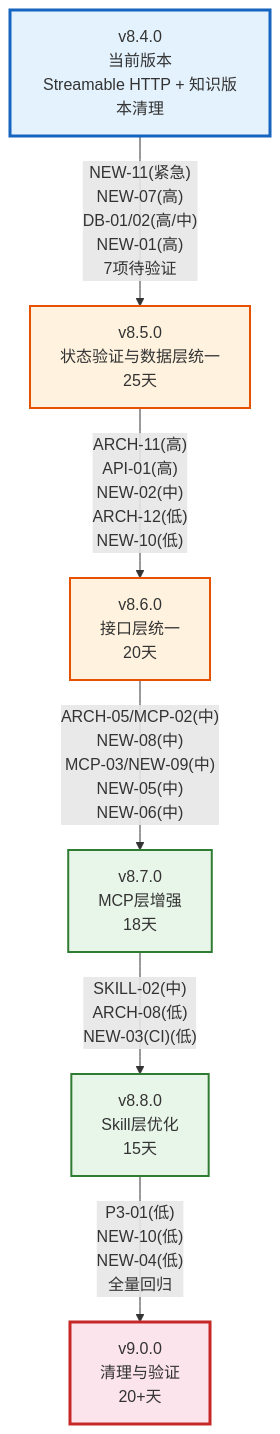
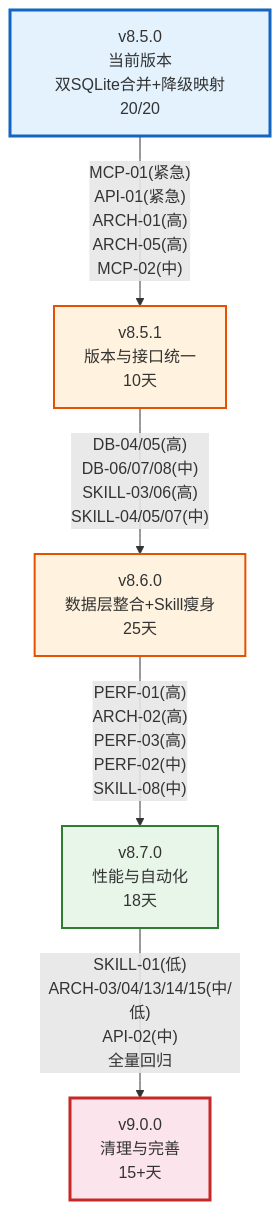
The second of 3 diagrams in docs/plan/v-l.md (xuanyuanchumo/xuansto), drawn with Mermaid before and after one commit. The commit also changed other lines of this file and 34 other files, not shown here.

````diff
--- a/docs/plan/v-l.md
+++ b/docs/plan/v-l.md
@@ -560,22 +381,19 @@
 ```mermaid
 flowchart TD
-    V840["v8.4.0<br/>当前版本<br/>Streamable HTTP + 知识版本清理"]
-    V850["v8.5.0<br/>状态验证与数据层统一<br/>25天"]
-    V860["v8.6.0<br/>接口层统一<br/>20天"]
-    V870["v8.7.0<br/>MCP层增强<br/>18天"]
-    V880["v8.8.0<br/>Skill层优化<br/>15天"]
-    V900["v9.0.0<br/>清理与验证<br/>20+天"]
+    V850["v8.5.0<br/>当前版本<br/>双SQLite合并+降级映射20/20"]
+    V851["v8.5.1<br/>版本与接口统一<br/>10天"]
+    V860["v8.6.0<br/>数据层整合+Skill瘦身<br/>25天"]
+    V870["v8.7.0<br/>性能与自动化<br/>18天"]
+    V900["v9.0.0<br/>清理与完善<br/>15+天"]
 
-    V840 -->|"NEW-11(紧急)<br/>NEW-07(高)<br/>DB-01/02(高/中)<br/>NEW-01(高)<br/>7项待验证"| V850
-    V850 -->|"ARCH-11(高)<br/>API-01(高)<br/>NEW-02(中)<br/>ARCH-12(低)<br/>NEW-10(低)"| V860
-    V860 -->|"ARCH-05/MCP-02(中)<br/>NEW-08(中)<br/>MCP-03/NEW-09(中)<br/>NEW-05(中)<br/>NEW-06(中)"| V870
-    V870 -->|"SKILL-02(中)<br/>ARCH-08(低)<br/>NEW-03(CI)(低)"| V880
-    V880 -->|"P3-01(低)<br/>NEW-10(低)<br/>NEW-04(低)<br/>全量回归"| V900
+    V850 -->|"MCP-01(紧急)<br/>API-01(紧急)<br/>ARCH-01(高)<br/>ARCH-05(高)<br/>MCP-02(中)"| V851
+    V851 -->|"DB-04/05(高)<br/>DB-06/07/08(中)<br/>SKILL-03/06(高)<br/>SKILL-04/05/07(中)"| V860
+    V860 -->|"PERF-01(高)<br/>ARCH-02(高)<br/>PERF-03(高)<br/>PERF-02(中)<br/>SKILL-08(中)"| V870
+    V870 -->|"SKILL-01(低)<br/>ARCH-03/04/13/14/15(中/低)<br/>API-02(中)<br/>全量回归"| V900
 
-    style V840 fill:#e3f2fd,stroke:#1565c0,stroke-width:3px
-    style V850 fill:#fff3e0,stroke:#e65100,stroke-width:2px
+    style V850 fill:#e3f2fd,stroke:#1565c0,stroke-width:3px
+    style V851 fill:#fff3e0,stroke:#e65100,stroke-width:2px
     style V860 fill:#fff3e0,stroke:#e65100,stroke-width:2px
     style V870 fill:#e8f5e9,stroke:#2e7d32,stroke-width:2px
-    style V880 fill:#e8f5e9,stroke:#2e7d32,stroke-width:2px
     style V900 fill:#fce4ec,stroke:#c62828,stroke-width:3px
 ```
````
